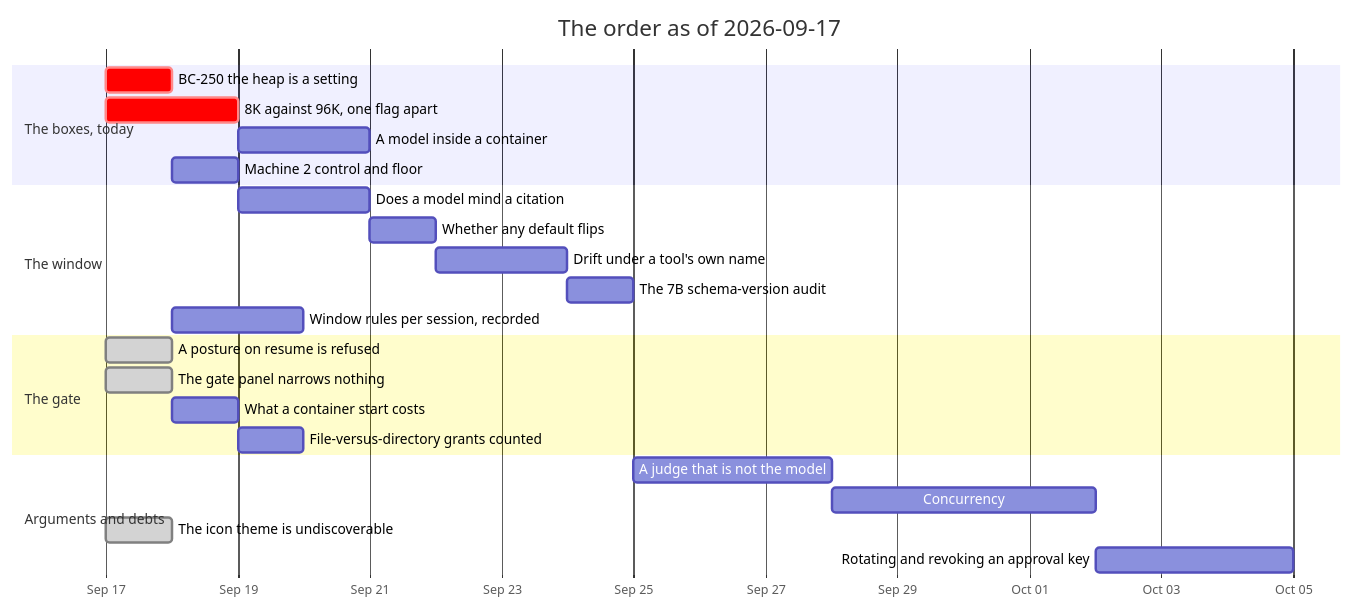
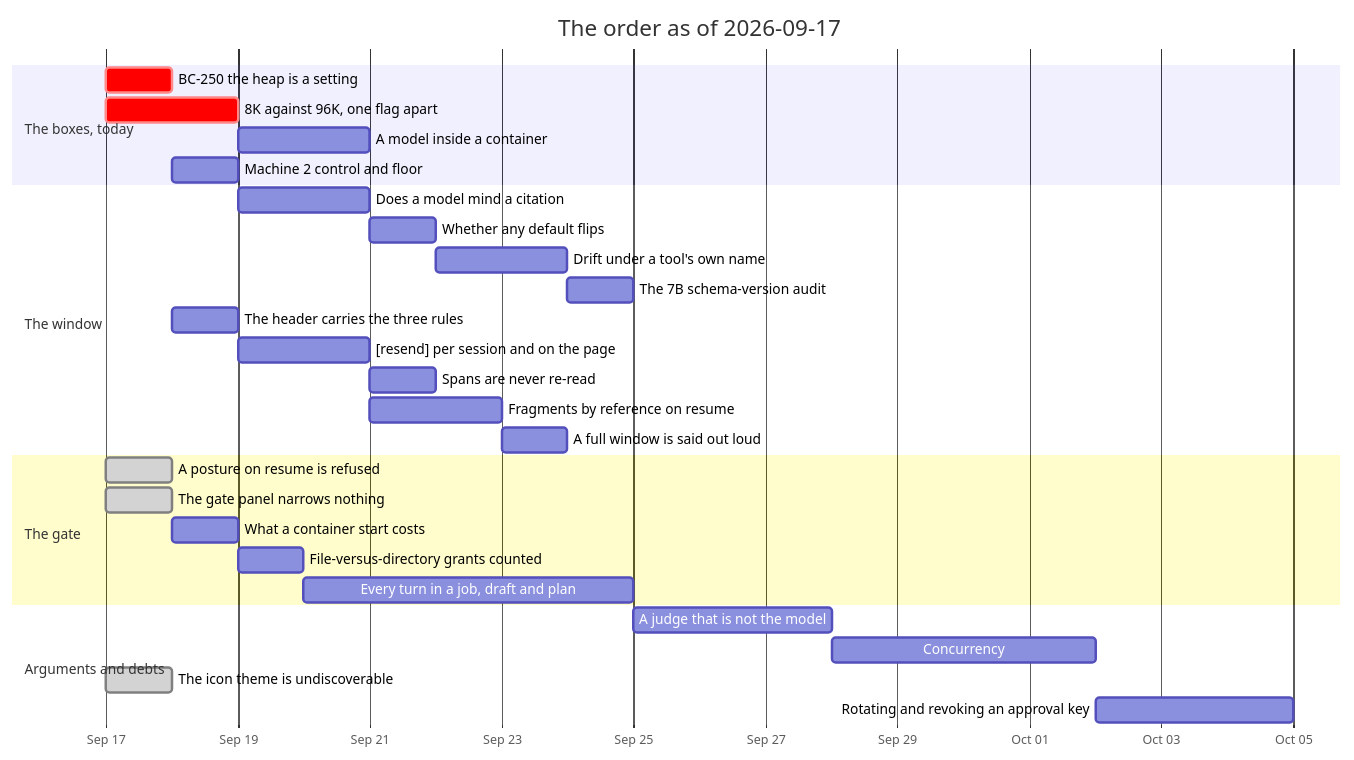
Before and after one commit to jgermade/luu: the diagram in ROADMAP/2026-09-17/README.md, drawn with Mermaid. The commit also changed other lines of this file, not shown here.

First line of the commit message:
Roadmap: six rows for what the [resend] conversation turned up

````diff
--- a/ROADMAP/2026-09-17/README.md
+++ b/ROADMAP/2026-09-17/README.md
@@ -116,27 +131,32 @@
 ```mermaid
 gantt
     title The order as of 2026-09-17
     dateFormat YYYY-MM-DD
     axisFormat %b %d
     section The boxes, today
     BC-250 the heap is a setting           :crit, gtt, 2026-09-17, 1d
     8K against 96K, one flag apart         :crit, ctx, 2026-09-17, 2d
     A model inside a container             :ctr, after ctx, 2d
     Machine 2 control and floor            :m2, after gtt, 1d
     section The window
     Does a model mind a citation           :cite, after ctx, 2d
     Whether any default flips              :flip, after cite, 1d
     Drift under a tool's own name          :drift, after flip, 2d
     The 7B schema-version audit            :audit, after drift, 1d
-    Window rules per session, recorded     :rules, 2026-09-18, 2d
+    The header carries the three rules     :hdr, 2026-09-18, 1d
+    [resend] per session and on the page   :resend, after hdr, 2d
+    Spans are never re-read                :stale, after resend, 1d
+    Fragments by reference on resume       :frag, after resend, 2d
+    A full window is said out loud         :full, after frag, 1d
     section The gate
     A posture on resume is refused         :done, posture, 2026-09-17, 1d
     The gate panel narrows nothing         :done, panel, 2026-09-17, 1d
     What a container start costs           :cost, after panel, 1d
     File-versus-directory grants counted   :grants, after cost, 1d
+    Every turn in a job, draft and plan    :jobs, after grants, 5d
     section Arguments and debts
     A judge that is not the model          :judge, after audit, 3d
     Concurrency                            :conc, after judge, 4d
     The icon theme is undiscoverable       :done, icon, 2026-09-17, 1d
     Rotating and revoking an approval key  :keys, after conc, 3d
 ```
````
